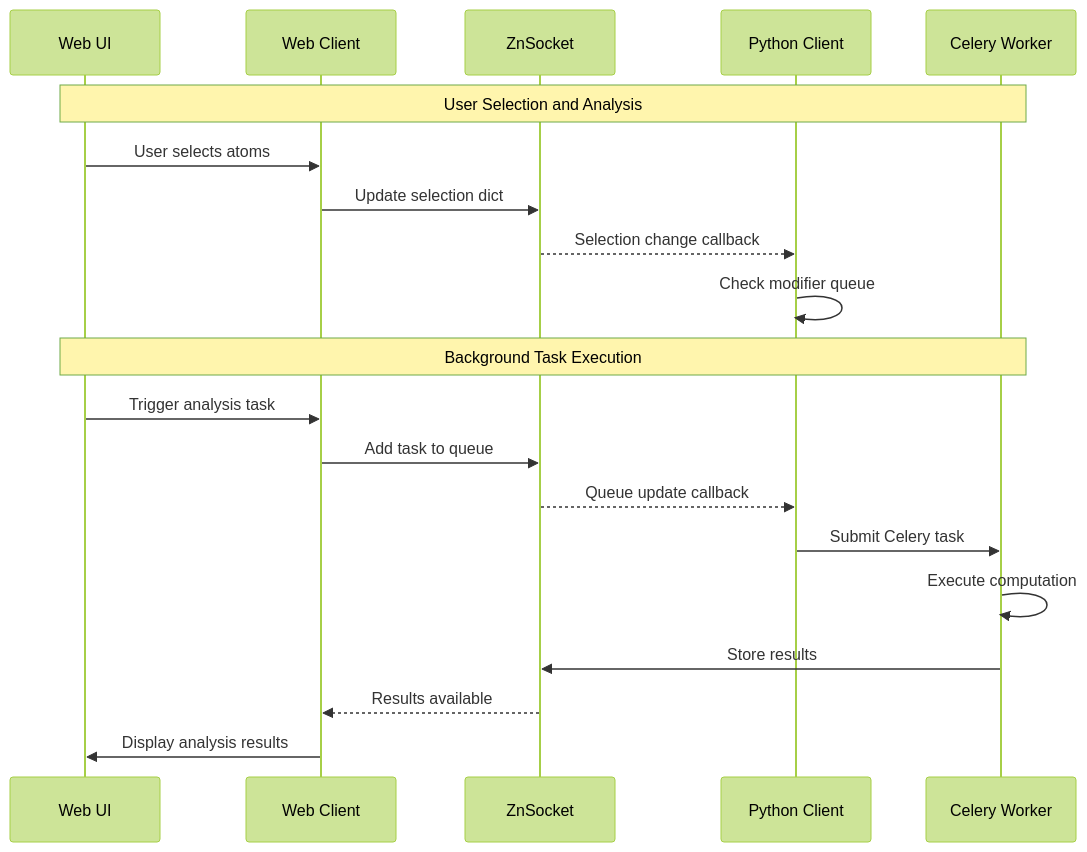
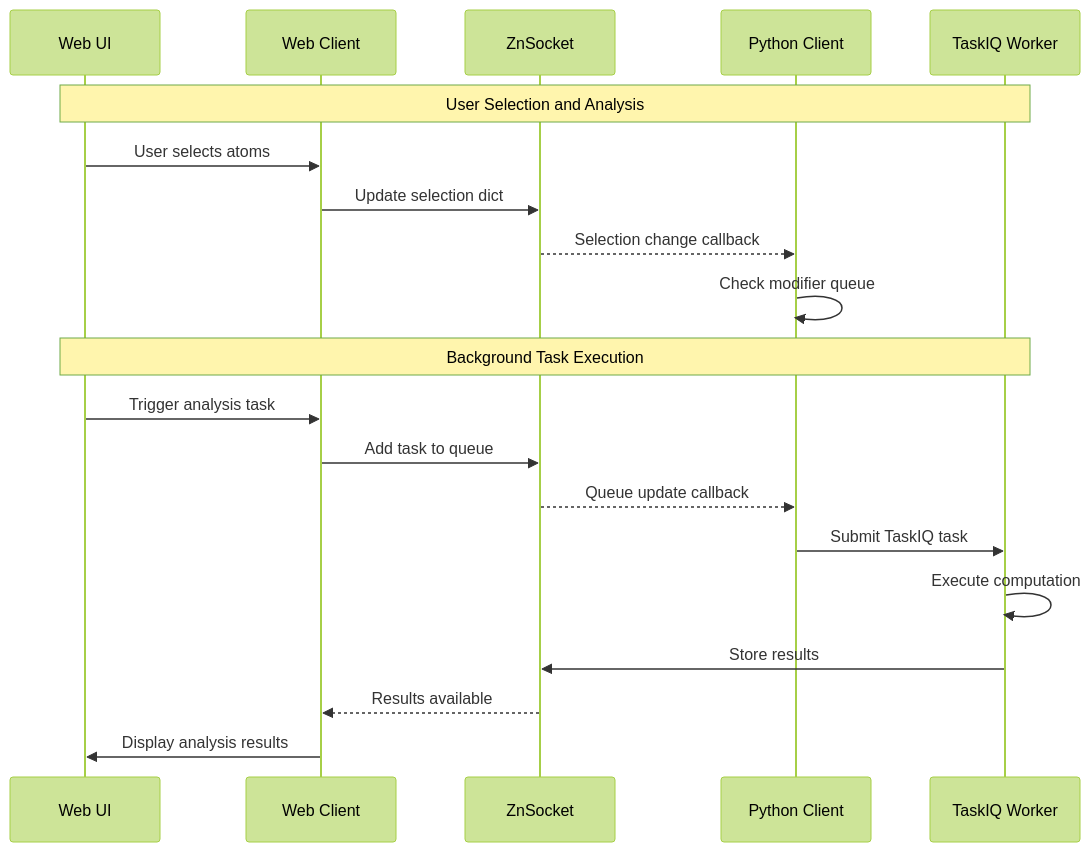
One commit to zincware/ZnDraw changed the seventh of 7 diagrams in docs/source/developer-guide.rst. Above: the diagram before and after it, drawn with Mermaid (forest theme). The commit also changed 10 other files, not shown here.

```diff
--- a/docs/source/developer-guide.rst
+++ b/docs/source/developer-guide.rst
@@ -236,24 +236,24 @@
 .. mermaid::
 
     sequenceDiagram
         participant UI as Web UI
         participant WC as Web Client
         participant ZS as ZnSocket
         participant PY as Python Client
-        participant CEL as Celery Worker
+        participant TQ as TaskIQ Worker
 
-        Note over UI, CEL: User Selection and Analysis
+        Note over UI, TQ: User Selection and Analysis
         UI->>WC: User selects atoms
         WC->>ZS: Update selection dict
         ZS-->>PY: Selection change callback
         PY->>PY: Check modifier queue
 
-        Note over UI, CEL: Background Task Execution
+        Note over UI, TQ: Background Task Execution
         UI->>WC: Trigger analysis task
         WC->>ZS: Add task to queue
         ZS-->>PY: Queue update callback
-        PY->>CEL: Submit Celery task
-        CEL->>CEL: Execute computation
-        CEL->>ZS: Store results
+        PY->>TQ: Submit TaskIQ task
+        TQ->>TQ: Execute computation
+        TQ->>ZS: Store results
         ZS-->>WC: Results available
         WC->>UI: Display analysis results
```
